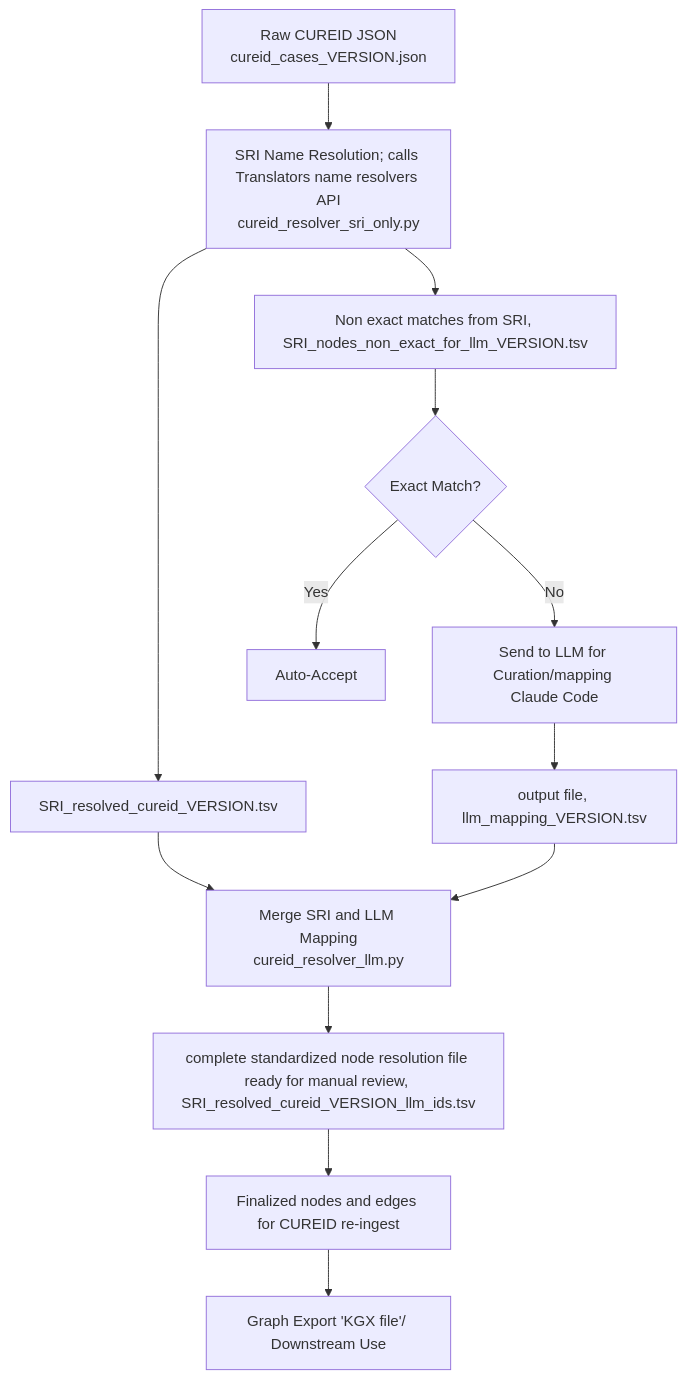
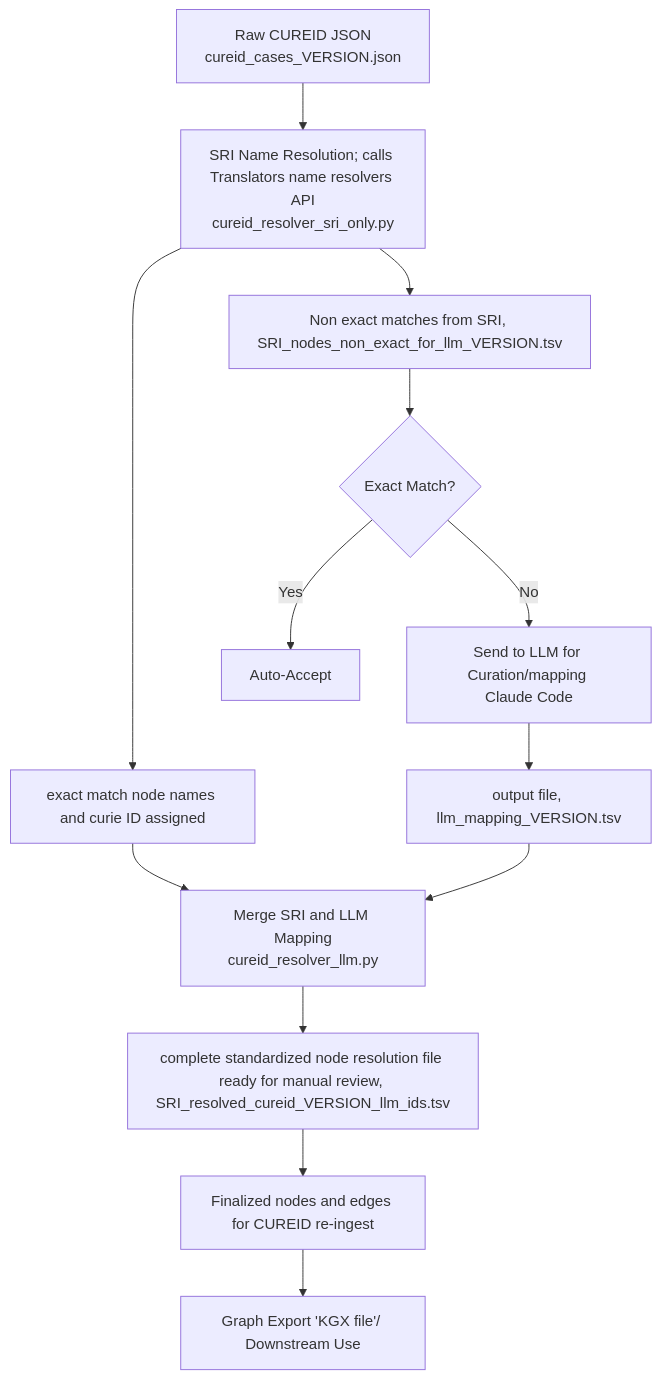
One commit to ncats/IFX_ODIN changed the diagram in entity_resolvers/src/code/ncatsdata/CUREID/PIPELINE_VISUAL.md. Above: the diagram before and after it, drawn with Mermaid.

Commit message:
Clarify SRI Name Resolution output in flowchart
Updated the flowchart to clarify the output of the SRI Name Resolution step.

````diff
--- a/entity_resolvers/src/code/ncatsdata/CUREID/PIPELINE_VISUAL.md
+++ b/entity_resolvers/src/code/ncatsdata/CUREID/PIPELINE_VISUAL.md
@@ -5,21 +5,21 @@
 ```mermaid
 flowchart TD
     A[Raw CUREID JSON<br/>cureid_cases_VERSION.json] --> B
 
-    B[SRI Name Resolution; calls Translators name resolvers API<br/>cureid_resolver_sri_only.py] --> C1[SRI_resolved_cureid_VERSION.tsv]
+    B[SRI Name Resolution; calls Translators name resolvers API<br/>cureid_resolver_sri_only.py] --> C1[exact match node names and curie ID assigned]
     B --> C2[Non exact matches from SRI, SRI_nodes_non_exact_for_llm_VERSION.tsv]
 
     C2 --> D{Exact Match?}
     D -->|Yes| E1[Auto-Accept]
     D -->|No| E2[Send to LLM for Curation/mapping <br/>Claude Code]
 
     E2 --> F[output file, llm_mapping_VERSION.tsv]
 
     C1 --> G
     F --> G
 
     G[Merge SRI and LLM Mapping<br/>cureid_resolver_llm.py] --> H[complete standardized node resolution file ready for manual review, SRI_resolved_cureid_VERSION_llm_ids.tsv ]
 
     H --> I[Finalized nodes and edges for CUREID re-ingest]
     I --> J[Graph Export 'KGX file'/ Downstream Use]
 ```
````
